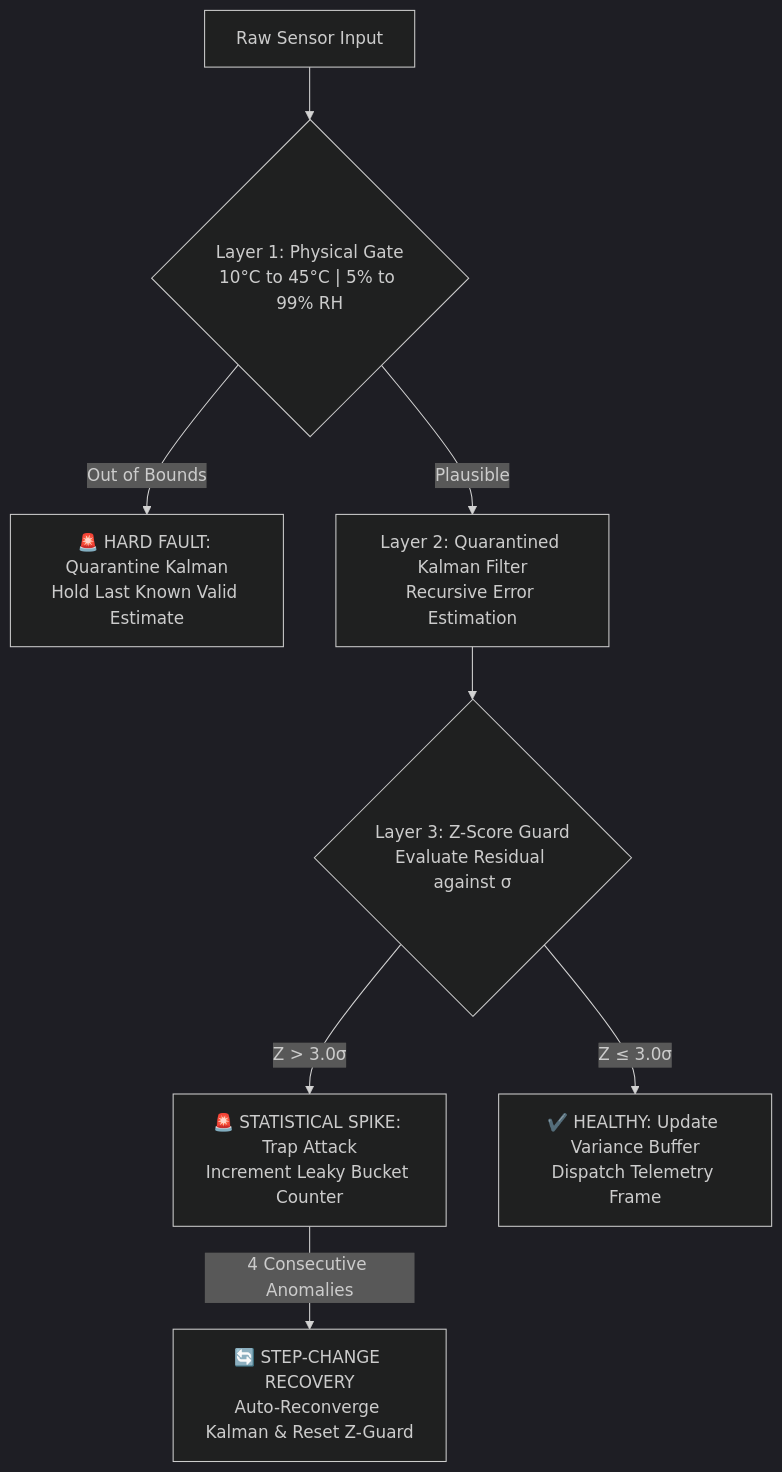
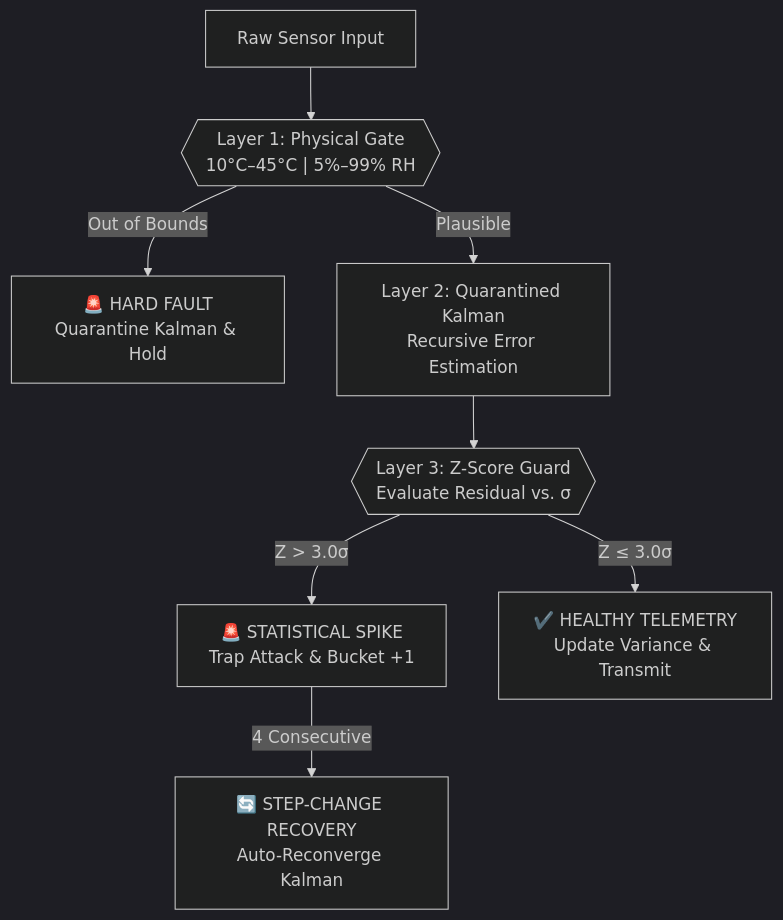
One commit to YukiCodepth/smart-classroom-iiot changed the first of 2 diagrams in README.md. Above: the diagram before and after it, drawn with Mermaid (dark theme).

Commit message:
style(docs): use compact hexagon gates and 2-line blocks to optimize TD diagram proportions

````diff
--- a/README.md
+++ b/README.md
@@ -28,11 +28,11 @@
 ```mermaid
 graph TD
-    A["Raw Sensor Input"] --> B{"Layer 1: Physical Gate<br/>10°C to 45°C | 5% to 99% RH"}
-    B -- Out of Bounds --> C["🚨 HARD FAULT: Quarantine Kalman<br/>Hold Last Known Valid Estimate"]
-    B -- Plausible --> D["Layer 2: Quarantined Kalman Filter<br/>Recursive Error Estimation"]
-    D --> E{"Layer 3: Z-Score Guard<br/>Evaluate Residual against σ"}
-    E -- Z > 3.0σ --> F["🚨 STATISTICAL SPIKE: Trap Attack<br/>Increment Leaky Bucket Counter"]
-    E -- Z ≤ 3.0σ --> G["✔️ HEALTHY: Update Variance Buffer<br/>Dispatch Telemetry Frame"]
-    F -- 4 Consecutive Anomalies --> H["🔄 STEP-CHANGE RECOVERY<br/>Auto-Reconverge Kalman & Reset Z-Guard"]
+    A["Raw Sensor Input"] --> B{{"Layer 1: Physical Gate<br/>10°C–45°C | 5%–99% RH"}}
+    B -- Out of Bounds --> C["🚨 HARD FAULT<br/>Quarantine Kalman & Hold"]
+    B -- Plausible --> D["Layer 2: Quarantined Kalman<br/>Recursive Error Estimation"]
+    D --> E{{"Layer 3: Z-Score Guard<br/>Evaluate Residual vs. σ"}}
+    E -- Z > 3.0σ --> F["🚨 STATISTICAL SPIKE<br/>Trap Attack & Bucket +1"]
+    E -- Z ≤ 3.0σ --> G["✔️ HEALTHY TELEMETRY<br/>Update Variance & Transmit"]
+    F -- 4 Consecutive --> H["🔄 STEP-CHANGE RECOVERY<br/>Auto-Reconverge Kalman"]
 
 ```    
````
